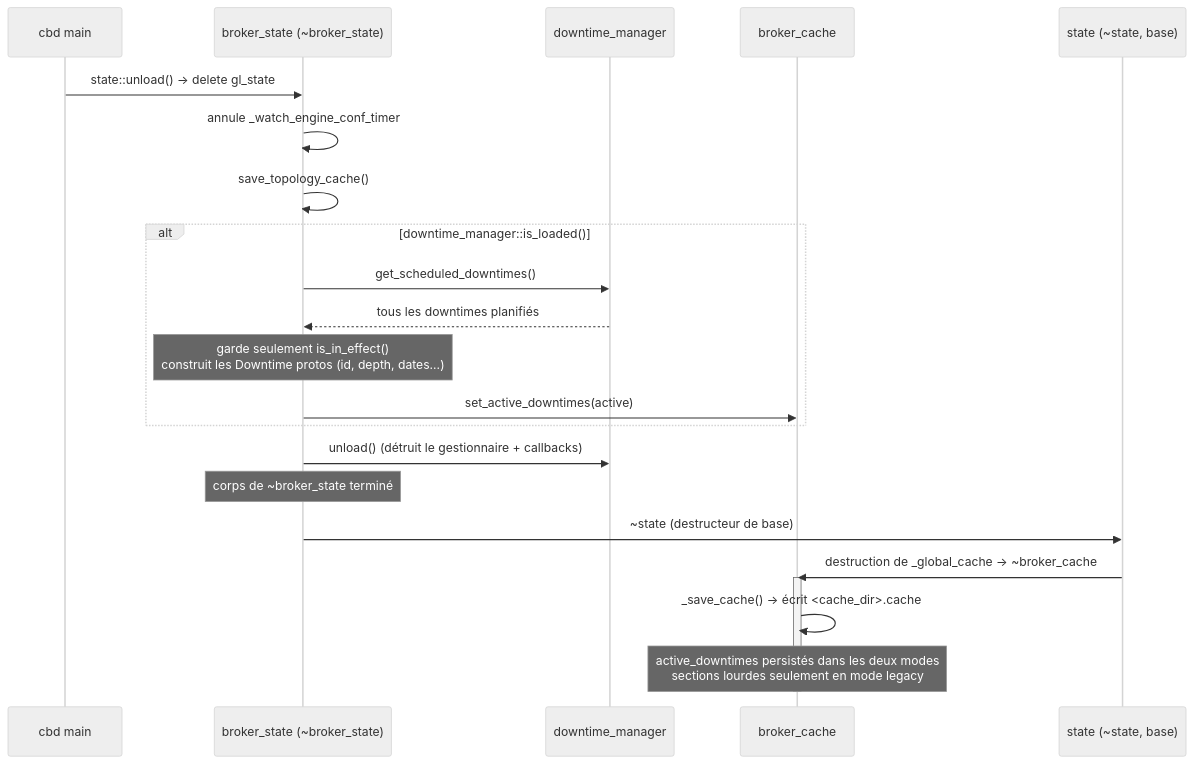
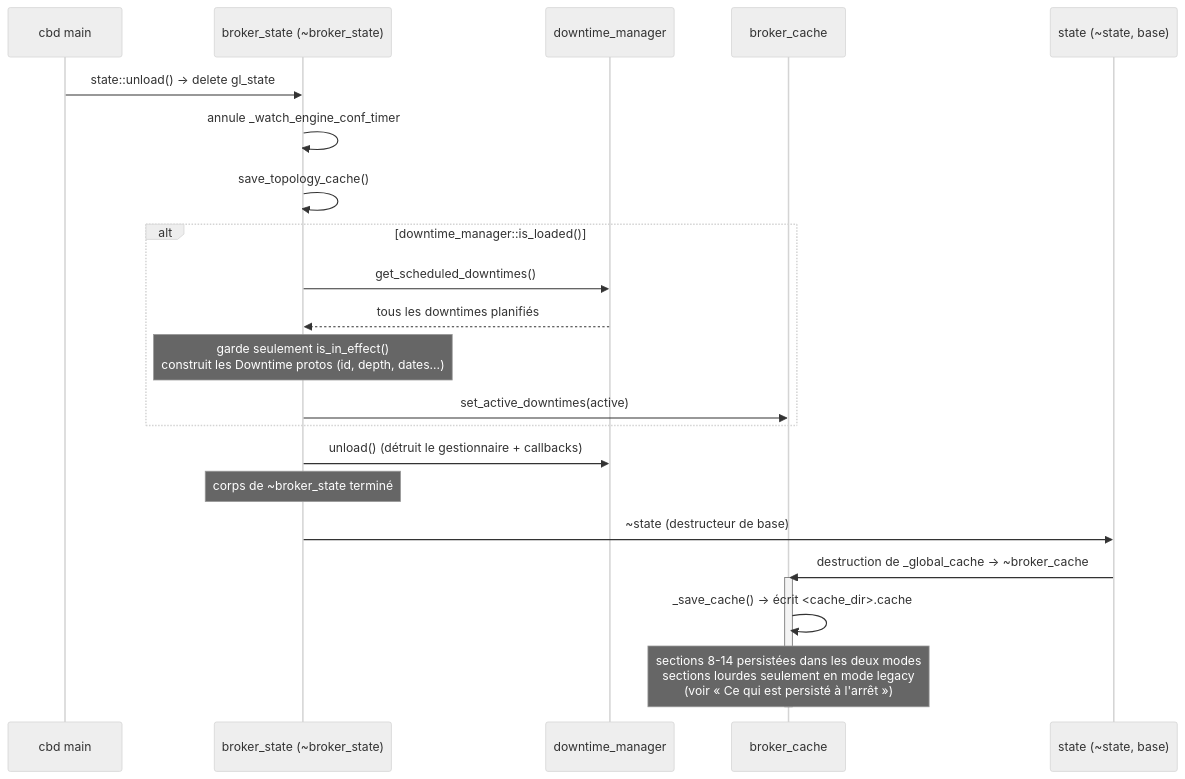
Before and after one commit to centreon/centreon-collect: diagram 23 of 47 in doc/nego-engine-broker-fr.md, drawn with Mermaid (neutral theme). The commit also changed other lines of this file and 1 other file, not shown here.

````diff
--- a/doc/nego-engine-broker-fr.md
+++ b/doc/nego-engine-broker-fr.md
@@ -2520,27 +2522,27 @@
 ```mermaid
 sequenceDiagram
     participant main as cbd main
     participant BS as broker_state (~broker_state)
     participant DM as downtime_manager
     participant CACHE as broker_cache
     participant S as state (~state, base)
 
     main->>BS: state::unload() → delete gl_state
     BS->>BS: annule _watch_engine_conf_timer
     BS->>BS: save_topology_cache()
     alt downtime_manager::is_loaded()
         BS->>DM: get_scheduled_downtimes()
         DM-->>BS: tous les downtimes planifiés
         Note over BS: garde seulement is_in_effect()<br/>construit les Downtime protos (id, depth, dates…)
         BS->>CACHE: set_active_downtimes(active)
     end
     BS->>DM: unload() (détruit le gestionnaire + callbacks)
     Note over BS: corps de ~broker_state terminé
 
     BS->>S: ~state (destructeur de base)
     S->>CACHE: destruction de _global_cache → ~broker_cache
     activate CACHE
     CACHE->>CACHE: _save_cache() → écrit <cache_dir>.cache
-    Note over CACHE: active_downtimes persistés dans les deux modes<br/>sections lourdes seulement en mode legacy
+    Note over CACHE: sections 8-14 persistées dans les deux modes<br/>sections lourdes seulement en mode legacy<br/>(voir « Ce qui est persisté à l'arrêt »)
     deactivate CACHE
 ```
````
